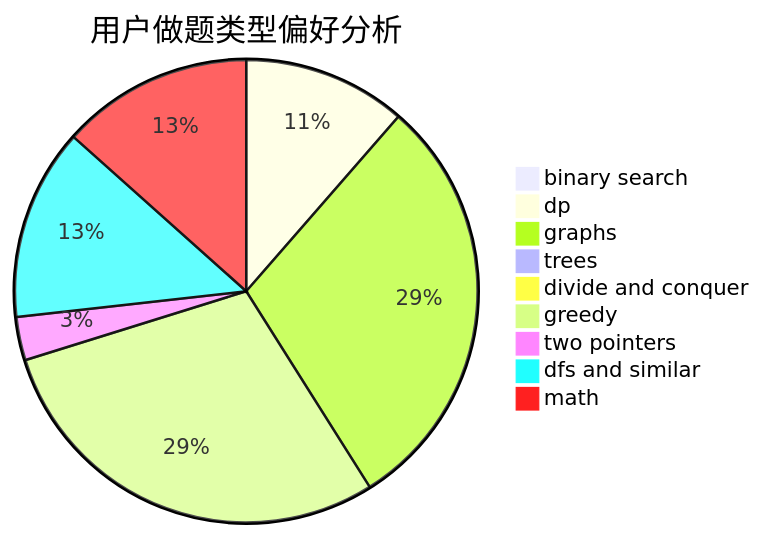
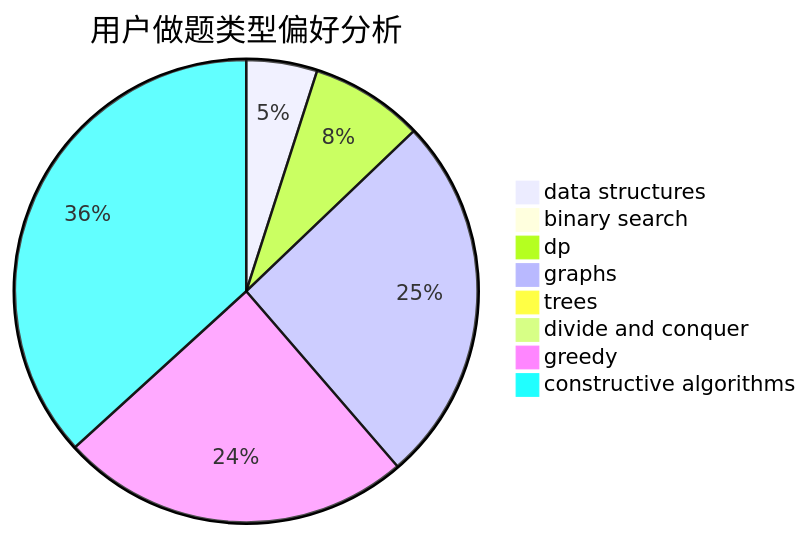
The second of 3 diagrams in docs/user/u754.md (sherpahu/cfrs.github.io), drawn with Mermaid before and after one commit. The commit also changed other lines of this file and 2775 other files, not shown here.

````diff
--- a/docs/user/u754.md
+++ b/docs/user/u754.md
@@ -23,12 +23,11 @@
 ```mermaid
 pie title 用户做题类型偏好分析
-    "binary search" :  29
-    "dp" :  328
-    "graphs" :  852
+    "data structures" :  52
+    "binary search" :  1
+    "dp" :  83
+    "graphs" :  271
     "trees" :  8
     "divide and conquer" :  5
-    "greedy" :  838
-    "two pointers" :  87
-    "dfs and similar" :  385
-    "math" :  385
+    "greedy" :  258
+    "constructive algorithms" :  386
 ```
````
